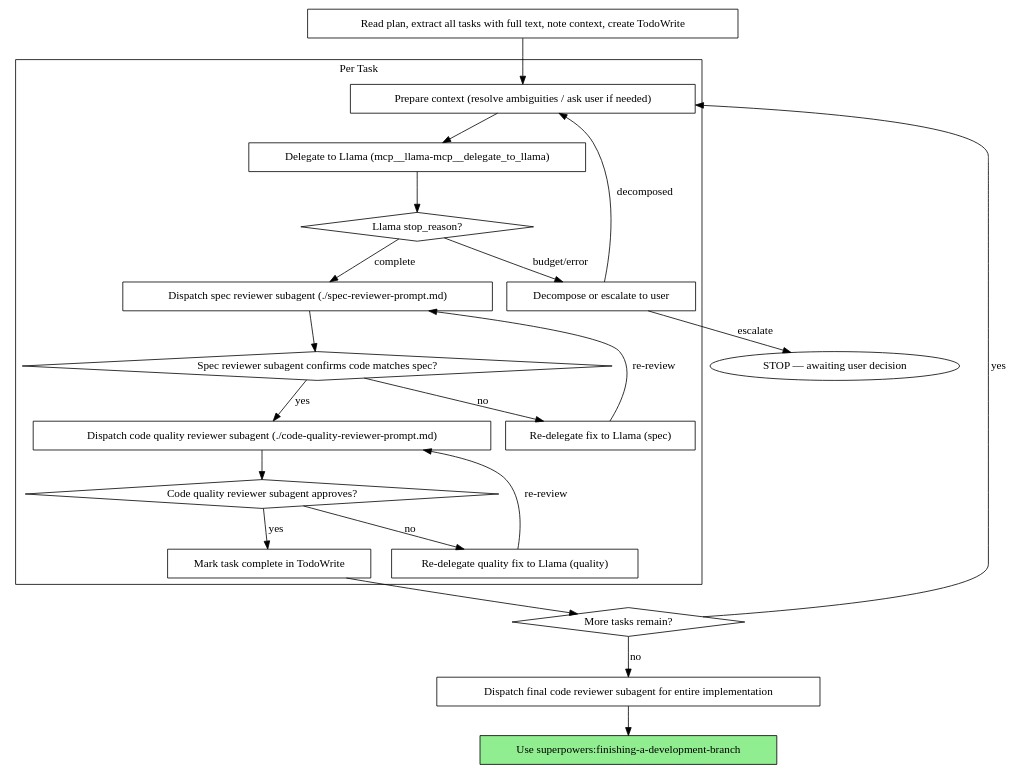
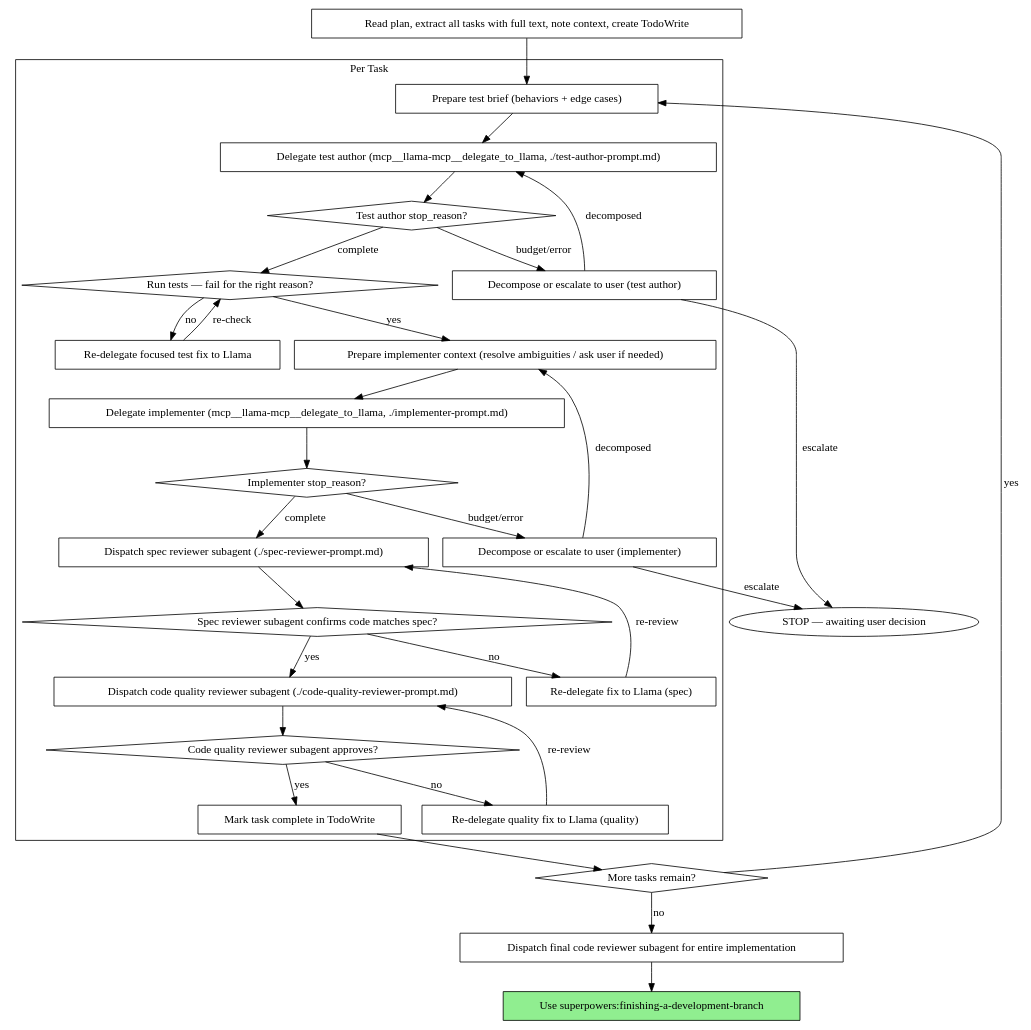
One commit to obra/superpowers changed the second of 2 diagrams in skills/subagent-driven-development/SKILL.md. Above: the diagram before and after it, drawn with Graphviz.

Commit message:
feat: add test-author step to subagent-driven-development process

````diff
--- a/skills/subagent-driven-development/SKILL.md
+++ b/skills/subagent-driven-development/SKILL.md
@@ -44,45 +44,60 @@
 ```dot
 digraph process {
     rankdir=TB;
 
     subgraph cluster_per_task {
         label="Per Task";
-        "Prepare context (resolve ambiguities / ask user if needed)" [shape=box];
-        "Delegate to Llama (mcp__llama-mcp__delegate_to_llama)" [shape=box];
-        "Llama stop_reason?" [shape=diamond];
-        "Decompose or escalate to user" [shape=box];
+        "Prepare test brief (behaviors + edge cases)" [shape=box];
+        "Delegate test author (mcp__llama-mcp__delegate_to_llama, ./test-author-prompt.md)" [shape=box];
+        "Test author stop_reason?" [shape=diamond];
+        "Decompose or escalate to user (test author)" [shape=box];
+        "Run tests — fail for the right reason?" [shape=diamond];
+        "Re-delegate focused test fix to Llama" [shape=box];
+        "Prepare implementer context (resolve ambiguities / ask user if needed)" [shape=box];
+        "Delegate implementer (mcp__llama-mcp__delegate_to_llama, ./implementer-prompt.md)" [shape=box];
+        "Implementer stop_reason?" [shape=diamond];
+        "Decompose or escalate to user (implementer)" [shape=box];
         "Dispatch spec reviewer subagent (./spec-reviewer-prompt.md)" [shape=box];
         "Spec reviewer subagent confirms code matches spec?" [shape=diamond];
         "Re-delegate fix to Llama (spec)" [shape=box];
         "Dispatch code quality reviewer subagent (./code-quality-reviewer-prompt.md)" [shape=box];
         "Code quality reviewer subagent approves?" [shape=diamond];
         "Re-delegate quality fix to Llama (quality)" [shape=box];
         "Mark task complete in TodoWrite" [shape=box];
     }
 
     "Read plan, extract all tasks with full text, note context, create TodoWrite" [shape=box];
     "More tasks remain?" [shape=diamond];
     "Dispatch final code reviewer subagent for entire implementation" [shape=box];
     "Use superpowers:finishing-a-development-branch" [shape=box style=filled fillcolor=lightgreen];
 
-    "Read plan, extract all tasks with full text, note context, create TodoWrite" -> "Prepare context (resolve ambiguities / ask user if needed)";
-    "Prepare context (resolve ambiguities / ask user if needed)" -> "Delegate to Llama (mcp__llama-mcp__delegate_to_llama)";
-    "Delegate to Llama (mcp__llama-mcp__delegate_to_llama)" -> "Llama stop_reason?";
-    "Llama stop_reason?" -> "Decompose or escalate to user" [label="budget/error"];
-    "Decompose or escalate to user" -> "Prepare context (resolve ambiguities / ask user if needed)" [label="decomposed"];
-    "Decompose or escalate to user" -> "STOP — awaiting user decision" [label="escalate"];
-    "Llama stop_reason?" -> "Dispatch spec reviewer subagent (./spec-reviewer-prompt.md)" [label="complete"];
+    "Read plan, extract all tasks with full text, note context, create TodoWrite" -> "Prepare test brief (behaviors + edge cases)";
+    "Prepare test brief (behaviors + edge cases)" -> "Delegate test author (mcp__llama-mcp__delegate_to_llama, ./test-author-prompt.md)";
+    "Delegate test author (mcp__llama-mcp__delegate_to_llama, ./test-author-prompt.md)" -> "Test author stop_reason?";
+    "Test author stop_reason?" -> "Decompose or escalate to user (test author)" [label="budget/error"];
+    "Decompose or escalate to user (test author)" -> "Delegate test author (mcp__llama-mcp__delegate_to_llama, ./test-author-prompt.md)" [label="decomposed"];
+    "Decompose or escalate to user (test author)" -> "STOP — awaiting user decision" [label="escalate"];
+    "Test author stop_reason?" -> "Run tests — fail for the right reason?" [label="complete"];
+    "Run tests — fail for the right reason?" -> "Re-delegate focused test fix to Llama" [label="no"];
+    "Re-delegate focused test fix to Llama" -> "Run tests — fail for the right reason?" [label="re-check"];
+    "Run tests — fail for the right reason?" -> "Prepare implementer context (resolve ambiguities / ask user if needed)" [label="yes"];
+    "Prepare implementer context (resolve ambiguities / ask user if needed)" -> "Delegate implementer (mcp__llama-mcp__delegate_to_llama, ./implementer-prompt.md)";
+    "Delegate implementer (mcp__llama-mcp__delegate_to_llama, ./implementer-prompt.md)" -> "Implementer stop_reason?";
+    "Implementer stop_reason?" -> "Decompose or escalate to user (implementer)" [label="budget/error"];
+    "Decompose or escalate to user (implementer)" -> "Prepare implementer context (resolve ambiguities / ask user if needed)" [label="decomposed"];
+    "Decompose or escalate to user (implementer)" -> "STOP — awaiting user decision" [label="escalate"];
+    "Implementer stop_reason?" -> "Dispatch spec reviewer subagent (./spec-reviewer-prompt.md)" [label="complete"];
     "Dispatch spec reviewer subagent (./spec-reviewer-prompt.md)" -> "Spec reviewer subagent confirms code matches spec?";
     "Spec reviewer subagent confirms code matches spec?" -> "Re-delegate fix to Llama (spec)" [label="no"];
     "Re-delegate fix to Llama (spec)" -> "Dispatch spec reviewer subagent (./spec-reviewer-prompt.md)" [label="re-review"];
     "Spec reviewer subagent confirms code matches spec?" -> "Dispatch code quality reviewer subagent (./code-quality-reviewer-prompt.md)" [label="yes"];
     "Dispatch code quality reviewer subagent (./code-quality-reviewer-prompt.md)" -> "Code quality reviewer subagent approves?";
     "Code quality reviewer subagent approves?" -> "Re-delegate quality fix to Llama (quality)" [label="no"];
     "Re-delegate quality fix to Llama (quality)" -> "Dispatch code quality reviewer subagent (./code-quality-reviewer-prompt.md)" [label="re-review"];
     "Code quality reviewer subagent approves?" -> "Mark task complete in TodoWrite" [label="yes"];
     "Mark task complete in TodoWrite" -> "More tasks remain?";
-    "More tasks remain?" -> "Prepare context (resolve ambiguities / ask user if needed)" [label="yes"];
+    "More tasks remain?" -> "Prepare test brief (behaviors + edge cases)" [label="yes"];
     "More tasks remain?" -> "Dispatch final code reviewer subagent for entire implementation" [label="no"];
     "Dispatch final code reviewer subagent for entire implementation" -> "Use superpowers:finishing-a-development-branch";
 }
 ```
````
